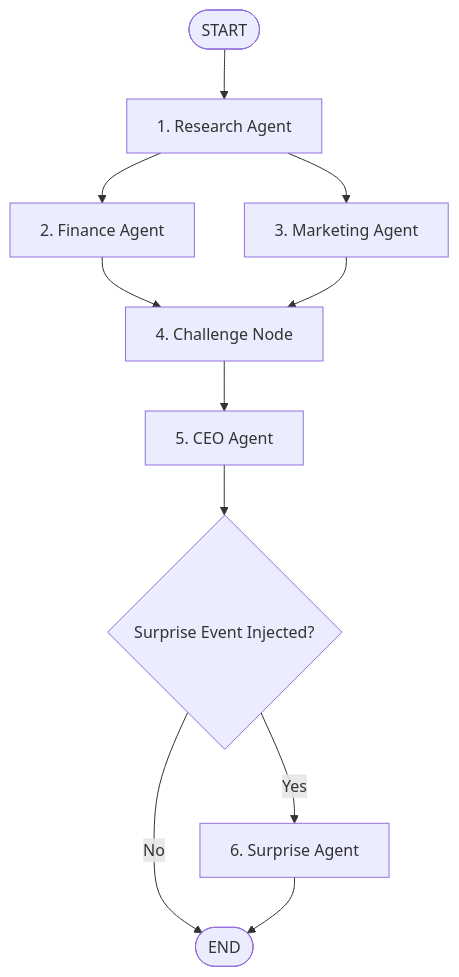
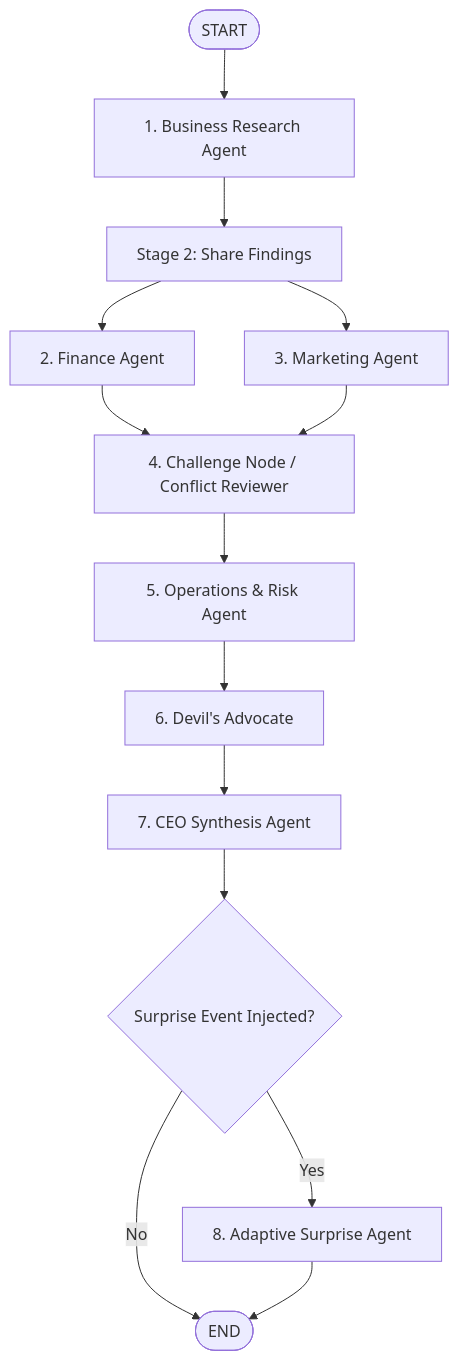
Before and after one commit to anuj-71/AgentZero: the diagram in README.md, drawn with Mermaid. The commit also changed other lines of this file, not shown here.

Commit message:
Update README with complete rulebook specifications, team details, and agent architecture

````diff
--- a/README.md
+++ b/README.md
@@ -9,13 +32,16 @@
 ```mermaid
 flowchart TD
-    Start([START]) --> Research[1. Research Agent]
-    Research --> Finance[2. Finance Agent]
-    Research --> Marketing[3. Marketing Agent]
-    Finance --> Challenge[4. Challenge Node]
+    Start([START]) --> Research[1. Business Research Agent]
+    Research --> Share1[Stage 2: Share Findings]
+    Share1 --> Finance[2. Finance Agent]
+    Share1 --> Marketing[3. Marketing Agent]
+    Finance --> Challenge[4. Challenge Node / Conflict Reviewer]
     Marketing --> Challenge
-    Challenge --> CEO[5. CEO Agent]
+    Challenge --> Operations[5. Operations & Risk Agent]
+    Operations --> DevilsAdvocate[6. Devil's Advocate]
+    DevilsAdvocate --> CEO[7. CEO Synthesis Agent]
     CEO --> Check{Surprise Event Injected?}
-    Check -- Yes --> Surprise[6. Surprise Agent]
     Check -- No --> EndNode([END])
+    Check -- Yes --> Surprise[8. Adaptive Surprise Agent]
     Surprise --> EndNode
 ```
````
